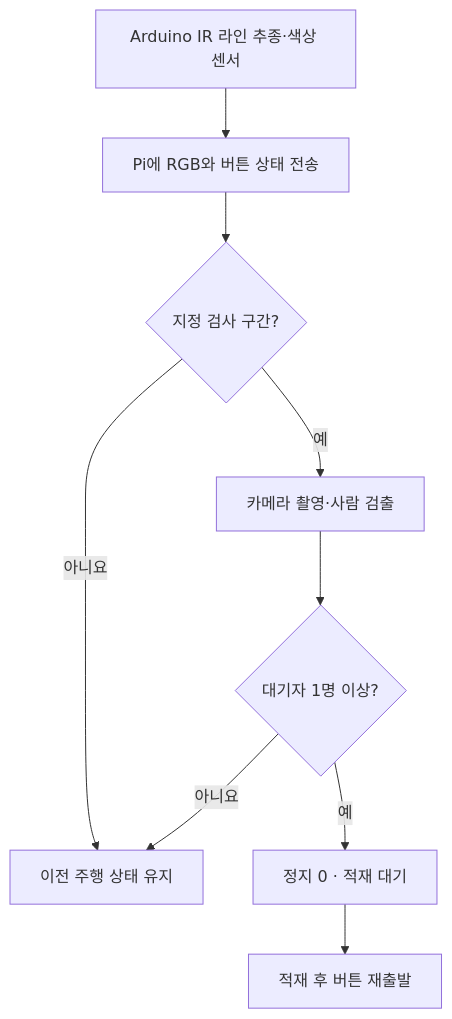
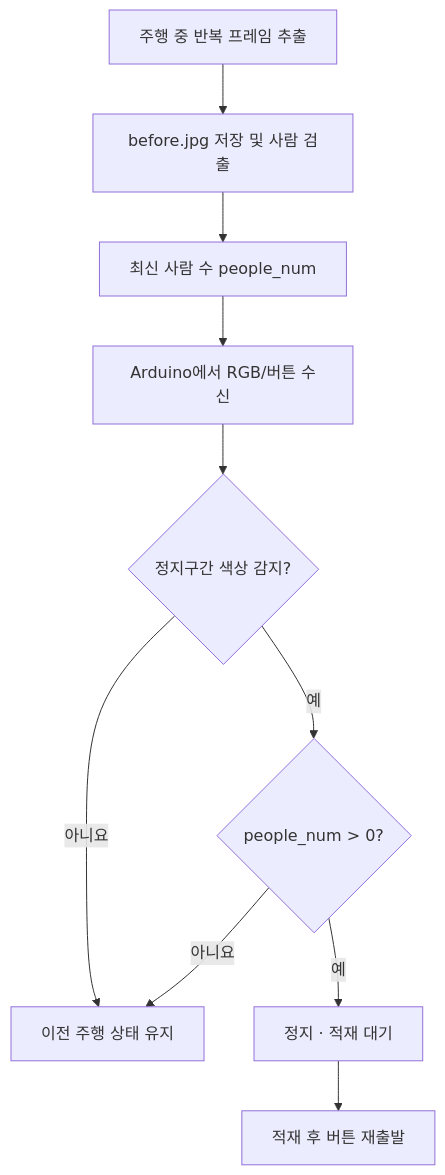
One commit to hsw-dotcom/human-aware-line-follower changed the diagram in README.md. Above: the diagram before and after it, drawn with Mermaid. The commit also changed other lines of this file and 6 other files, not shown here.

````diff
--- a/README.md
+++ b/README.md
@@ -106,11 +107,12 @@
 ```mermaid
 flowchart TD
-  A[Arduino IR 라인 추종·색상 센서] --> B[Pi에 RGB와 버튼 상태 전송]
-  B --> C{지정 검사 구간?}
-  C -- 아니요 --> D[이전 주행 상태 유지]
-  C -- 예 --> E[카메라 촬영·사람 검출]
-  E --> F{대기자 1명 이상?}
-  F -- 아니요 --> D
-  F -- 예 --> G[정지 0 · 적재 대기]
-  G --> H[적재 후 버튼 재출발]
+  A[주행 중 반복 프레임 추출] --> B[before.jpg 저장 및 사람 검출]
+  B --> C[최신 사람 수 people_num]
+  C --> D[Arduino에서 RGB/버튼 수신]
+  D --> E{정지구간 색상 감지?}
+  E -- 아니요 --> F[이전 주행 상태 유지]
+  E -- 예 --> G{people_num > 0?}
+  G -- 아니요 --> F
+  G -- 예 --> H[정지 · 적재 대기]
+  H --> I[적재 후 버튼 재출발]
 ```
````
